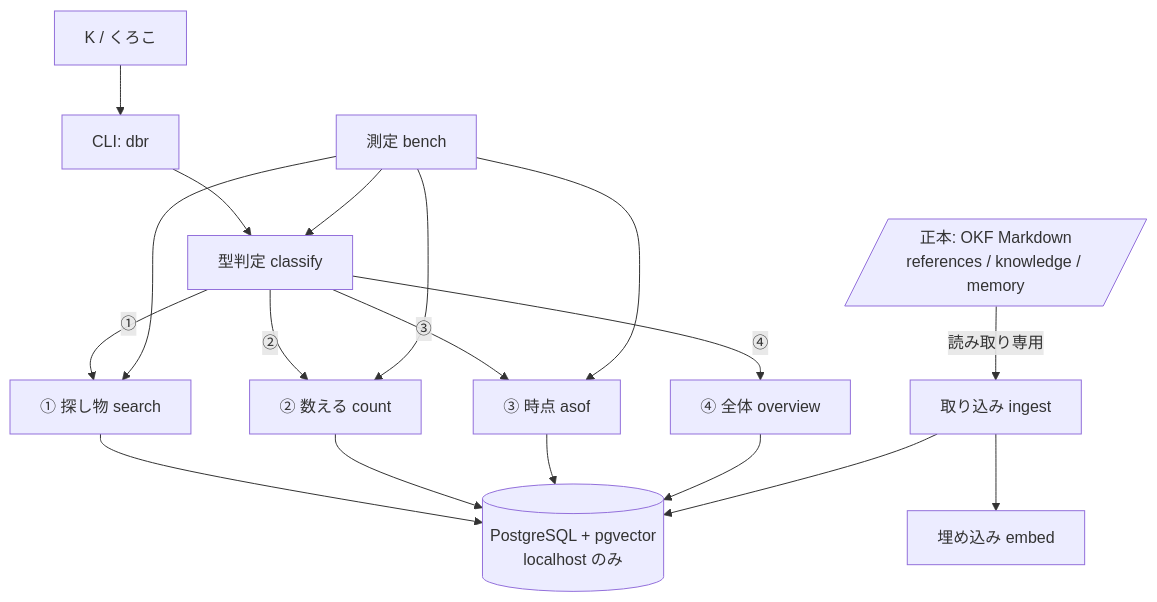
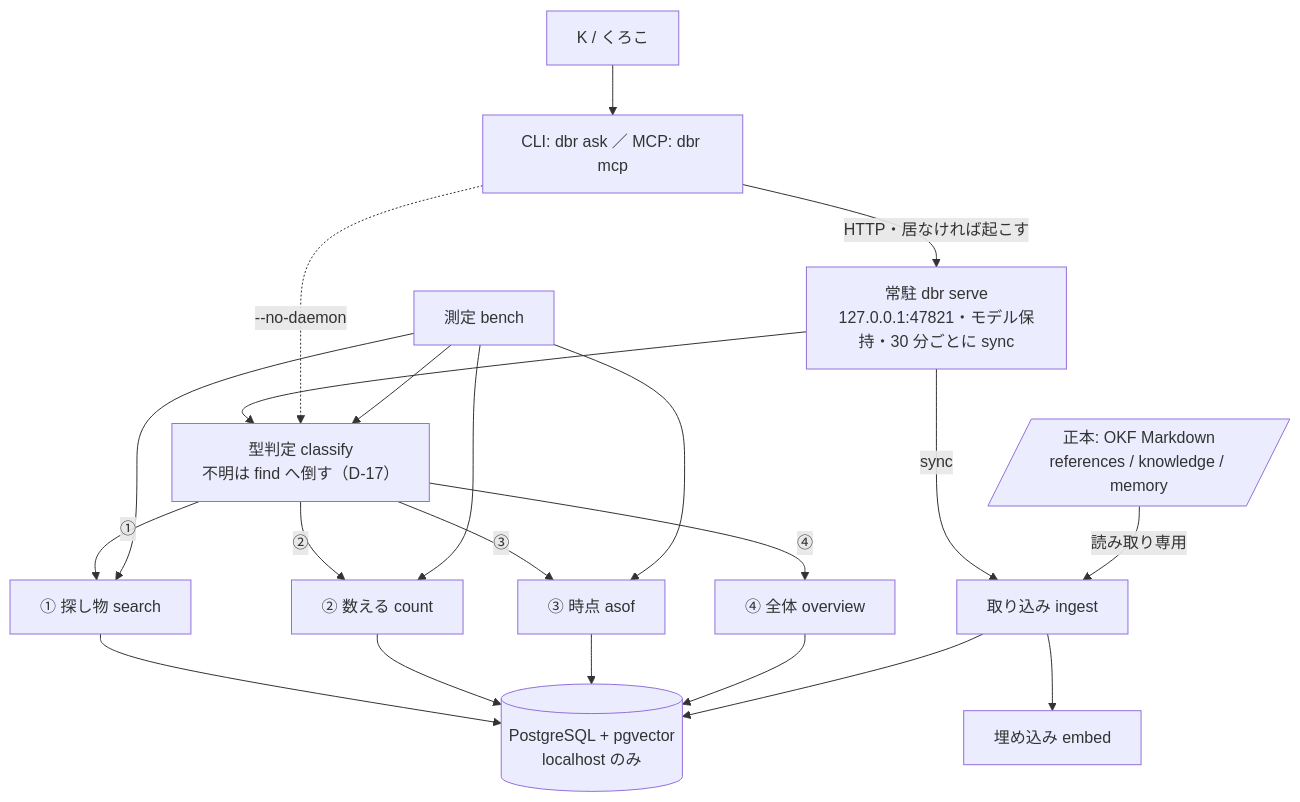
One commit to cytrynan/db-research changed the first of 4 diagrams in docs/functional-design.md. Above: the diagram before and after it, drawn with Mermaid. The commit also changed other lines of this file and 48 other files, not shown here.

````diff
--- a/docs/functional-design.md
+++ b/docs/functional-design.md
@@ -14,33 +14,37 @@
 ```mermaid
 graph TB
     K[K / くろこ]
-    CLI[CLI: dbr]
-    CLS[型判定 classify]
+    CLI[CLI: dbr ask ／ MCP: dbr mcp]
+    SRV[常駐 dbr serve\n127.0.0.1:47821・モデル保持・30 分ごとに sync]
+    CLS[型判定 classify\n不明は find へ倒す（D-17）]
     SRCH[① 探し物 search]
     CNT[② 数える count]
     TMP[③ 時点 asof]
     SUM[④ 全体 overview]
     ING[取り込み ingest]
     EMB[埋め込み embed]
     PG[(PostgreSQL + pgvector\nlocalhost のみ)]
     MD[/正本: OKF Markdown\nreferences / knowledge / memory/]
     BENCH[測定 bench]
 
     K --> CLI
-    CLI --> CLS
+    CLI -->|HTTP・居なければ起こす| SRV
+    SRV --> CLS
+    SRV -->|sync| ING
+    CLI -.->|--no-daemon| CLS
     CLS -->|①| SRCH
     CLS -->|②| CNT
     CLS -->|③| TMP
     CLS -->|④| SUM
     SRCH --> PG
     CNT --> PG
     TMP --> PG
     SUM --> PG
     MD -->|読み取り専用| ING
     ING --> EMB
     ING --> PG
     BENCH --> CLS
     BENCH --> SRCH
     BENCH --> CNT
     BENCH --> TMP
 ```
````
